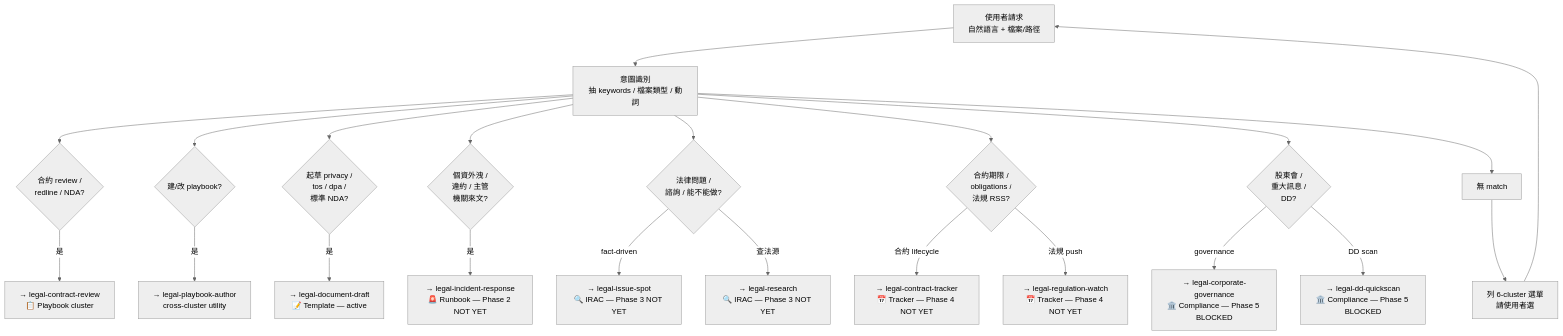
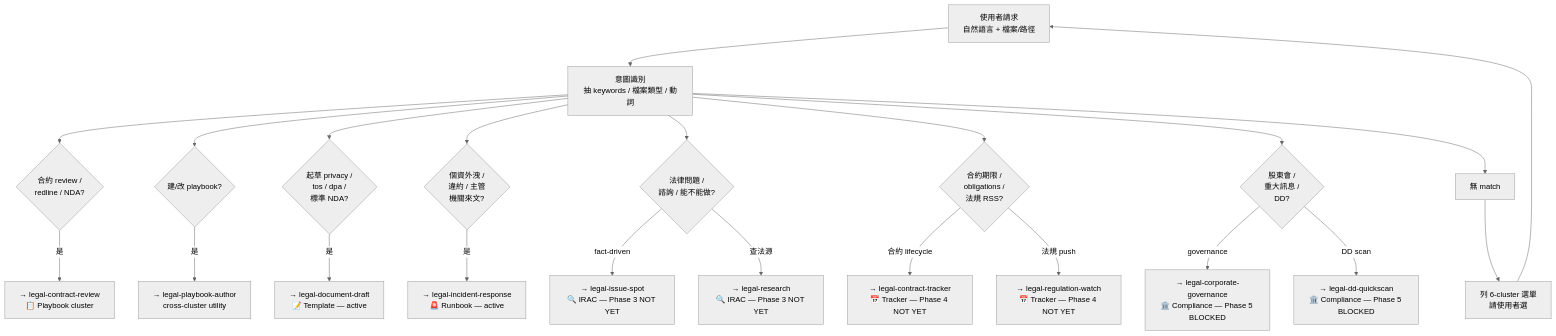
One commit to kouko/monkey-skills changed the diagram in legal-toolkit/skills/using-legal-toolkit/SKILL.md. Above: the diagram before and after it, drawn with Mermaid (neutral theme). The commit also changed other lines of this file and 3 other files, not shown here.

First line of the commit message:
feat(legal-toolkit): SP3b Phase F/1 — SKILL.md body + router + version bump

````diff
--- a/legal-toolkit/skills/using-legal-toolkit/SKILL.md
+++ b/legal-toolkit/skills/using-legal-toolkit/SKILL.md
@@ -38,34 +38,34 @@
 ```mermaid
 flowchart TD
     INPUT[使用者請求<br/>自然語言 + 檔案/路徑]
     PARSE[意圖識別<br/>抽 keywords / 檔案類型 / 動詞]
     INPUT --> PARSE
 
     PARSE --> Q1{合約 review /<br/>redline / NDA?}
     Q1 -->|是| CR[→ legal-contract-review<br/>📋 Playbook cluster]
 
     PARSE --> Q7{建/改 playbook?}
     Q7 -->|是| PA[→ legal-playbook-author<br/>cross-cluster utility]
 
     PARSE --> Q2{起草 privacy /<br/>tos / dpa /<br/>標準 NDA?}
     Q2 -->|是| DD[→ legal-document-draft<br/>📝 Template — active]
 
     PARSE --> Q3{個資外洩 /<br/>違約 / 主管<br/>機關來文?}
-    Q3 -->|是| IR[→ legal-incident-response<br/>🚨 Runbook — Phase 2 NOT YET]
+    Q3 -->|是| IR[→ legal-incident-response<br/>🚨 Runbook — active]
 
     PARSE --> Q4{法律問題 /<br/>諮詢 / 能不能做?}
     Q4 -->|fact-driven| IS[→ legal-issue-spot<br/>🔍 IRAC — Phase 3 NOT YET]
     Q4 -->|查法源| RS[→ legal-research<br/>🔍 IRAC — Phase 3 NOT YET]
 
     PARSE --> Q5{合約期限 /<br/>obligations /<br/>法規 RSS?}
     Q5 -->|合約 lifecycle| CT[→ legal-contract-tracker<br/>📅 Tracker — Phase 4 NOT YET]
     Q5 -->|法規 push| RW[→ legal-regulation-watch<br/>📅 Tracker — Phase 4 NOT YET]
 
     PARSE --> Q6{股東會 /<br/>重大訊息 /<br/>DD?}
     Q6 -->|governance| CG[→ legal-corporate-governance<br/>🏛️ Compliance — Phase 5 BLOCKED]
     Q6 -->|DD scan| DDS[→ legal-dd-quickscan<br/>🏛️ Compliance — Phase 5 BLOCKED]
 
     PARSE --> NOMATCH[無 match]
     NOMATCH --> CLARIFY[列 6-cluster 選單<br/>請使用者選]
     CLARIFY --> INPUT
 ```
````
